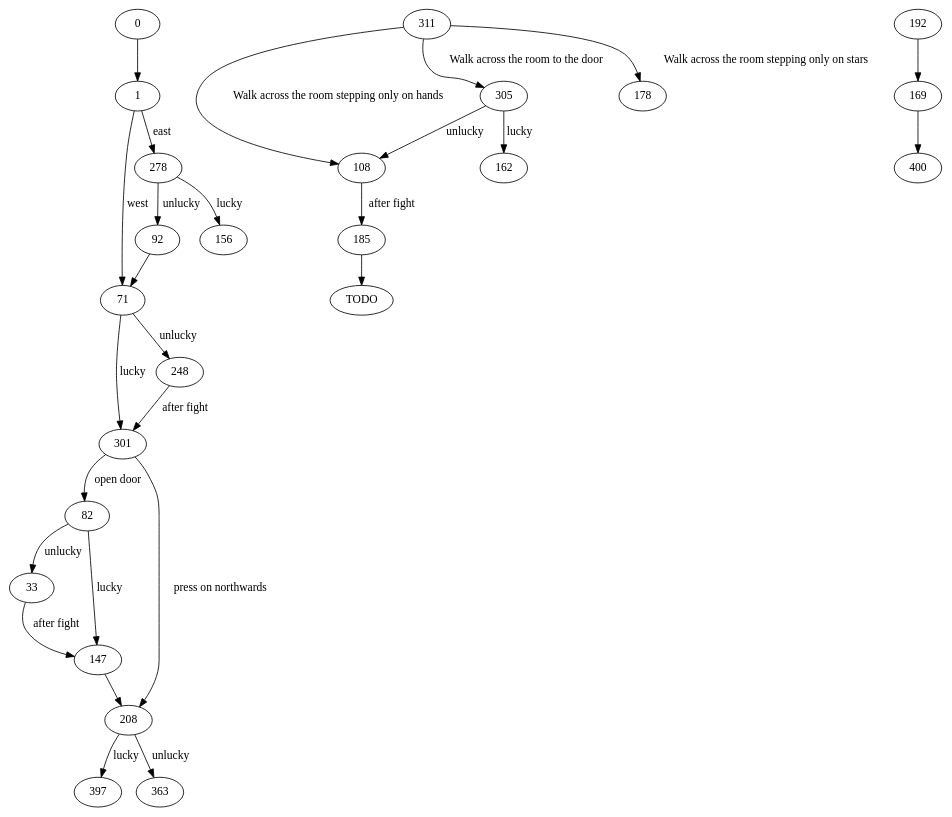
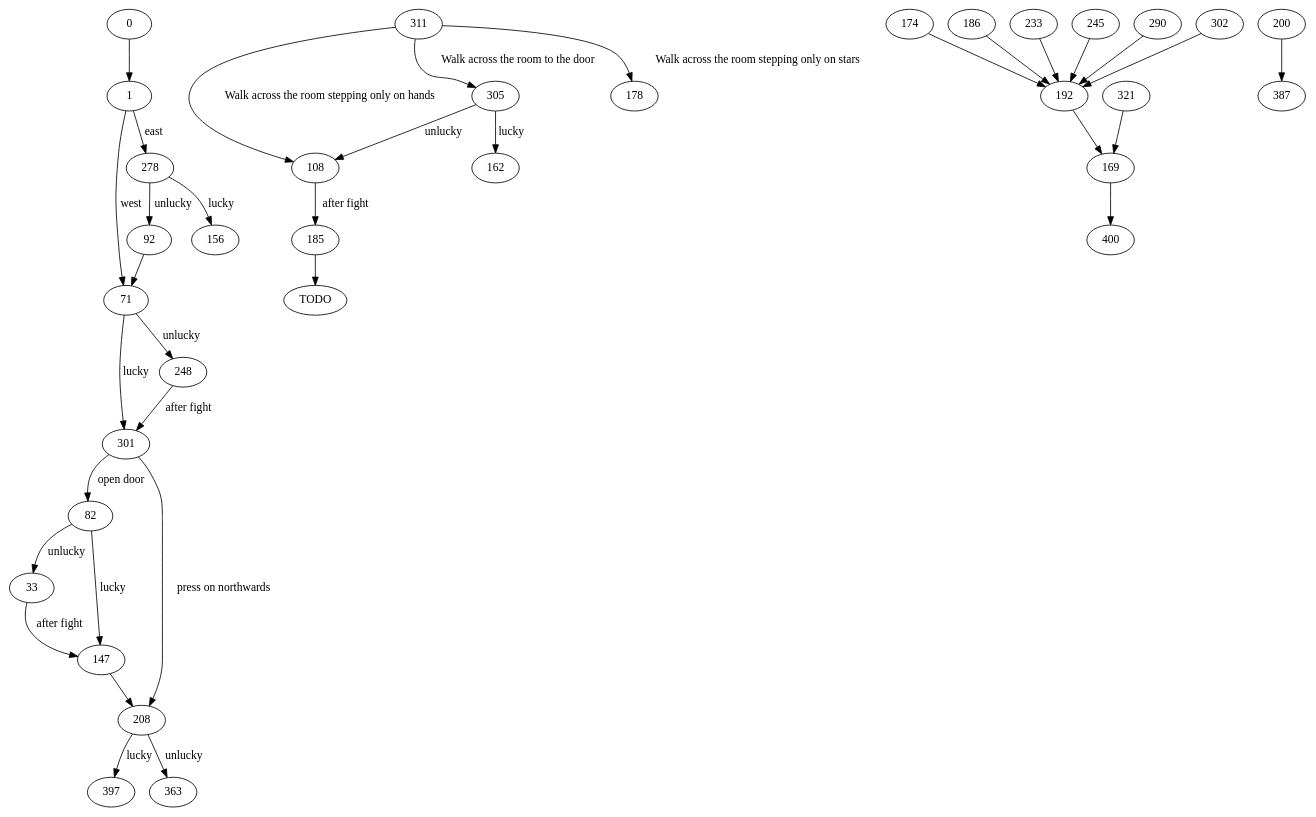
The diagram in adventure/adventure.dot (JosePedroDias/non-linear), drawn with Graphviz before and after one commit. The commit also changed 6 other files, not shown here.

```diff
--- a/adventure/adventure.dot
+++ b/adventure/adventure.dot
@@ -1,45 +1,71 @@
 /* https://dagrejs.github.io/project/dagre-d3/latest/demo/interactive-demo.html */
 digraph {
   0 -> 1
 
   1 -> 71 [label="west"]
   1 -> 278 [label="east"]
 
   33 -> 147 [label="after fight"]
 
   71 -> 301 [label="lucky"]
   71 -> 248 [label="unlucky"]
 
   82 -> 147 [label="lucky"]
   82 -> 33 [label="unlucky"]
 
   92 -> 71
 
   108 -> 185 [label="after fight"]
 
   147 -> 208
 
   169 -> 400
 
   185 -> TODO
 
   192 -> 169
+  321 -> 169
+
+  /*
+  198
+  387
+  */
+
+  200 -> 387
+  
+  174 -> 192
+  186 -> 192
+  233 -> 192
+  245 -> 192
+  290 -> 192
+  302 -> 192
+
+  /*
+  55: key 112
+  50: key 9
+  145: key 99
+  258: key 111
+  322: key 66
+  361: key 125
+  ---
+  203: boat house key
+  */
 
   208 -> 397 [label="lucky"]
   208 -> 363 [label="unlucky"]
 
   248 -> 301 [label="after fight"]
 
   278 -> 156 [label="lucky"]
   278 -> 92 [label="unlucky"]
 
   301 -> 82 [label="open door"]
   301 -> 208 [label="press on northwards"]
 
   305 -> 162 [label="lucky"]
   305 -> 108 [label="unlucky"]
 
   311 -> 305 [label="Walk across the room to the door"]
   311 -> 178 [label="Walk across the room stepping only on stars"]
   311 -> 108 [label="Walk across the room stepping only on hands"]
 }
```
